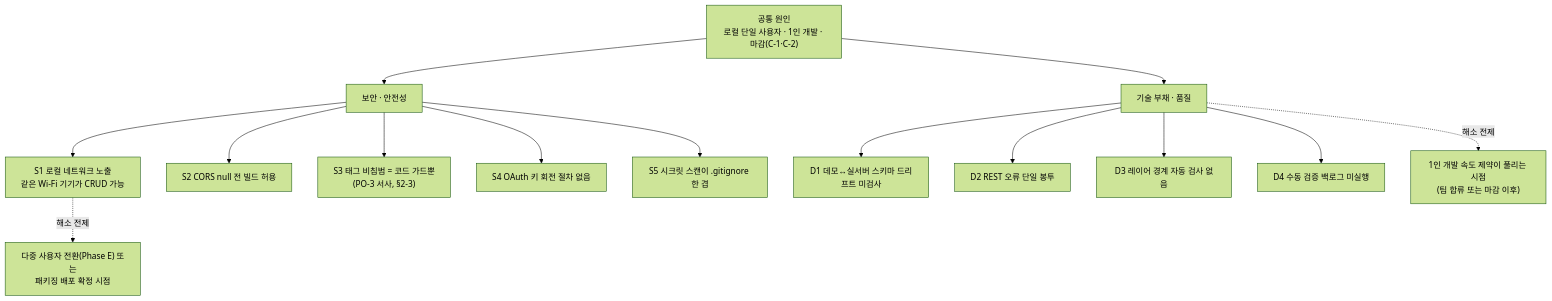
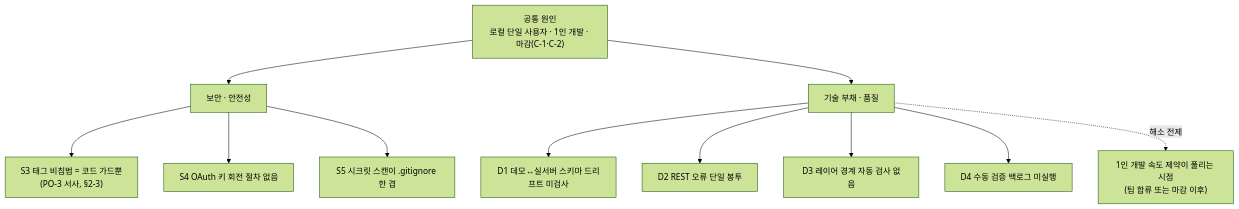
One commit to gamercross/my-setup-proj changed the second of 2 diagrams in docs/REVERSE_PLAN.md. Above: the diagram before and after it, drawn with Mermaid (forest theme). The commit also changed other lines of this file and 15 other files, not shown here.

First line of the commit message:
fix: 백엔드 루프백 바인딩 + CORS Origin:null APP_ENV 분기 (S1·S2 해소)

````diff
--- a/docs/REVERSE_PLAN.md
+++ b/docs/REVERSE_PLAN.md
@@ -473,20 +455,17 @@
 ```mermaid
 flowchart TB
   ROOT["공통 원인<br/>로컬 단일 사용자 · 1인 개발 · 마감(C-1·C-2)"]
   ROOT --> SEC["보안 · 안전성"]
   ROOT --> QUAL["기술 부채 · 품질"]
 
-  SEC --> S1["S1 로컬 네트워크 노출<br/>같은 Wi-Fi 기기가 CRUD 가능"]
-  SEC --> S2["S2 CORS null 전 빌드 허용"]
   SEC --> S3["S3 태그 비침범 = 코드 가드뿐<br/>(PO-3 서사, §2-3)"]
   SEC --> S4["S4 OAuth 키 회전 절차 없음"]
   SEC --> S5["S5 시크릿 스캔이 .gitignore 한 겹"]
 
   QUAL --> D1["D1 데모↔실서버 스키마 드리프트 미검사"]
   QUAL --> D2["D2 REST 오류 단일 봉투"]
   QUAL --> D3["D3 레이어 경계 자동 검사 없음"]
   QUAL --> D4["D4 수동 검증 백로그 미실행"]
 
-  S1 -.해소 전제.-> FIX1["다중 사용자 전환(Phase E) 또는<br/>패키징 배포 확정 시점"]
   QUAL -.해소 전제.-> FIX2["1인 개발 속도 제약이 풀리는 시점<br/>(팀 합류 또는 마감 이후)"]
 ```
````
